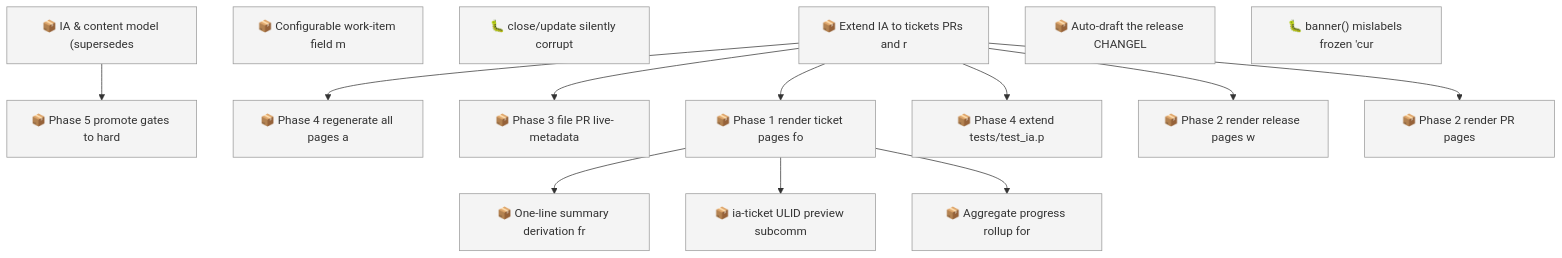
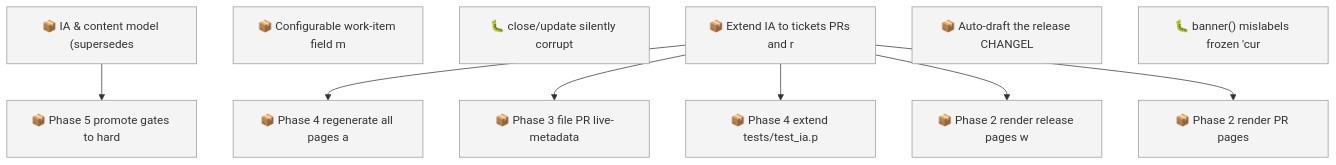
Before and after one commit to SpillwaveSolutions/wiki_ticket_sdd: the first of 2 diagrams in docs/roadmap.md, drawn with Mermaid. The commit also changed other lines of this file and 194 other files, not shown here.

First line of the commit message:
feat(ia): Phase 1 — render_item_page() ticket pages for all four levels

````diff
--- a/docs/roadmap.md
+++ b/docs/roadmap.md
@@ -76,31 +72,23 @@
 ```mermaid
 graph TD
     01KY5G9ZW0H2YMNWDFJYGRPYE5["📦 IA & content model (supersedes"]
     01KY5G9ZW0RABXWHEMEP1FAV2G["📦 Phase 5 promote gates to hard"]
     01KY5NE0ZYGBWG44N0KPEBFCZ8["📦 Configurable work-item field m"]
     01KYA99TVCGX79HFNHN1DVT7Y6["🐛 close/update silently corrupt"]
     01KYABYEQP8ANXGYPBCV2T20D8["📦 Extend IA to tickets PRs and r"]
-    01KYABYEQP9FDY8THDV79F324G["📦 One-line summary derivation fr"]
-    01KYABYEQPAFJM7WC3XZV6YY76["📦 ia-ticket ULID preview subcomm"]
     01KYABYEQPDS2VFQKQ7B6YXZVR["📦 Phase 4 regenerate all pages a"]
     01KYABYEQPF8N2K26ENRKREE0W["📦 Phase 3 file PR live-metadata"]
-    01KYABYEQPK6PV87WNZXEYRB12["📦 Phase 1 render ticket pages fo"]
     01KYABYEQPNK7HHH5CMAR2V1JG["📦 Phase 4 extend tests/test_ia.p"]
     01KYABYEQPP82DJEN19F43YRAE["📦 Phase 2 render release pages w"]
-    01KYABYEQPRM8308SYFPR8X437["📦 Aggregate progress rollup for"]
     01KYABYEQPW8Q2RGGTNP71W88E["📦 Phase 2 render PR pages"]
     01KYAC0AC01R4C6W7YY1X8NVRV["📦 Auto-draft the release CHANGEL"]
     01KYACFJA0SQSF4C83BJZXB5MY["🐛 banner() mislabels frozen 'cur"]
     01KY5G9ZW0H2YMNWDFJYGRPYE5 --> 01KY5G9ZW0RABXWHEMEP1FAV2G
-    01KYABYEQPK6PV87WNZXEYRB12 --> 01KYABYEQP9FDY8THDV79F324G
-    01KYABYEQPK6PV87WNZXEYRB12 --> 01KYABYEQPAFJM7WC3XZV6YY76
     01KYABYEQP8ANXGYPBCV2T20D8 --> 01KYABYEQPDS2VFQKQ7B6YXZVR
     01KYABYEQP8ANXGYPBCV2T20D8 --> 01KYABYEQPF8N2K26ENRKREE0W
-    01KYABYEQP8ANXGYPBCV2T20D8 --> 01KYABYEQPK6PV87WNZXEYRB12
     01KYABYEQP8ANXGYPBCV2T20D8 --> 01KYABYEQPNK7HHH5CMAR2V1JG
     01KYABYEQP8ANXGYPBCV2T20D8 --> 01KYABYEQPP82DJEN19F43YRAE
-    01KYABYEQPK6PV87WNZXEYRB12 --> 01KYABYEQPRM8308SYFPR8X437
     01KYABYEQP8ANXGYPBCV2T20D8 --> 01KYABYEQPW8Q2RGGTNP71W88E
     classDef todo fill:#f4f4f4,stroke:#999999
-    class 01KY5G9ZW0H2YMNWDFJYGRPYE5,01KY5G9ZW0RABXWHEMEP1FAV2G,01KY5NE0ZYGBWG44N0KPEBFCZ8,01KYA99TVCGX79HFNHN1DVT7Y6,01KYABYEQP8ANXGYPBCV2T20D8,01KYABYEQP9FDY8THDV79F324G,01KYABYEQPAFJM7WC3XZV6YY76,01KYABYEQPDS2VFQKQ7B6YXZVR,01KYABYEQPF8N2K26ENRKREE0W,01KYABYEQPK6PV87WNZXEYRB12,01KYABYEQPNK7HHH5CMAR2V1JG,01KYABYEQPP82DJEN19F43YRAE,01KYABYEQPRM8308SYFPR8X437,01KYABYEQPW8Q2RGGTNP71W88E,01KYAC0AC01R4C6W7YY1X8NVRV,01KYACFJA0SQSF4C83BJZXB5MY todo
+    class 01KY5G9ZW0H2YMNWDFJYGRPYE5,01KY5G9ZW0RABXWHEMEP1FAV2G,01KY5NE0ZYGBWG44N0KPEBFCZ8,01KYA99TVCGX79HFNHN1DVT7Y6,01KYABYEQP8ANXGYPBCV2T20D8,01KYABYEQPDS2VFQKQ7B6YXZVR,01KYABYEQPF8N2K26ENRKREE0W,01KYABYEQPNK7HHH5CMAR2V1JG,01KYABYEQPP82DJEN19F43YRAE,01KYABYEQPW8Q2RGGTNP71W88E,01KYAC0AC01R4C6W7YY1X8NVRV,01KYACFJA0SQSF4C83BJZXB5MY todo
 ```
````
